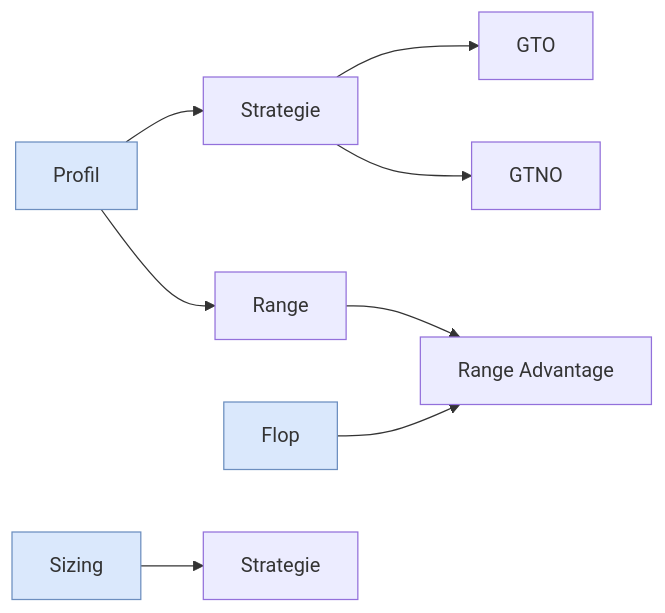
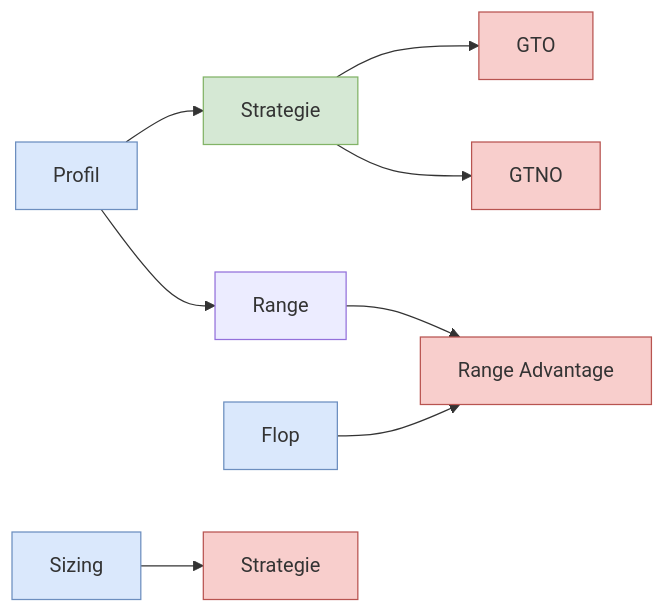
The diagram in _posts/2020-01-23-thinking-process.md (greglejeune/blog), drawn with Mermaid before and after one commit.

```diff
--- a/_posts/2020-01-23-thinking-process.md
+++ b/_posts/2020-01-23-thinking-process.md
@@ -20,13 +20,18 @@
   <div class="mermaid">
     graph LR
       Profil --> Strategie
       Strategie --> GTO
       Strategie --> GTNO
       Profil --> Range
       Range --> R[Range Advantage]
       Flop --> R[Range Advantage]
       Sizing --> S[Strategie]
       style Profil fill:#dae8fc,stroke:#6c8ebf,stroke-width:1px
       style Flop fill:#dae8fc,stroke:#6c8ebf,stroke-width:1px
       style Sizing fill:#dae8fc,stroke:#6c8ebf,stroke-width:1px
+      style Strategie fill:#d5e8d4,stroke:#82b366,stroke-width:1px
+      style GTO fill:#f8cecc,stroke:#b85450,stroke-width:1px
+      style GTNO fill:#f8cecc,stroke:#b85450,stroke-width:1px
+      style R fill:#f8cecc,stroke:#b85450,stroke-width:1px
+      style S fill:#f8cecc,stroke:#b85450,stroke-width:1px
   </div>
```
